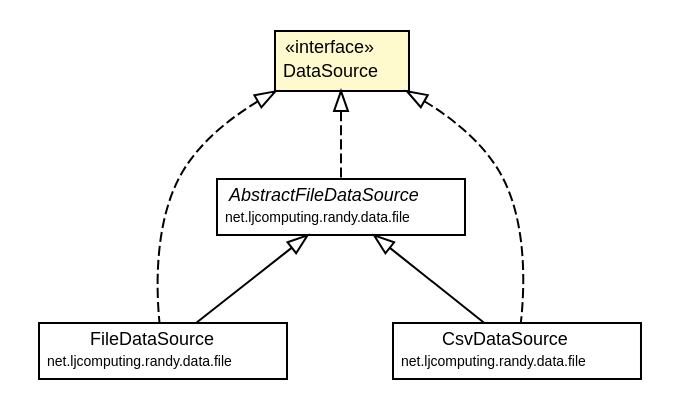
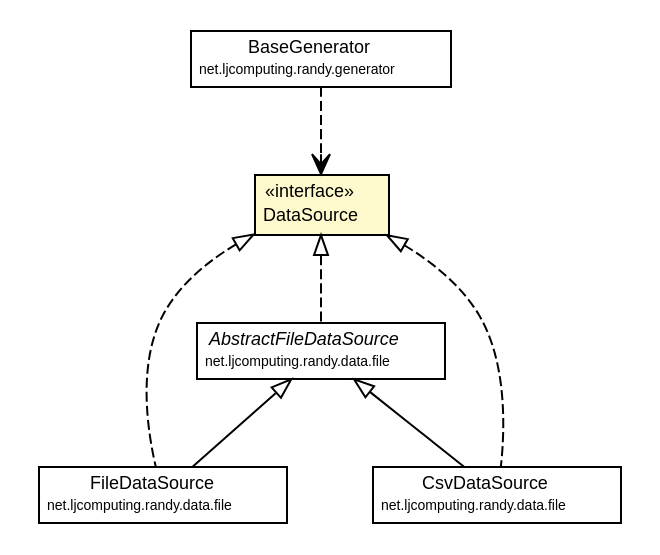
The diagram in docs/javadoc/apidocs/net/ljcomputing/randy/data/DataSource.dot (willmorejg/net.ljcomputing.randy), drawn with Graphviz before and after one commit. The commit also changed 80 other files, not shown here.

```diff
--- a/docs/javadoc/apidocs/net/ljcomputing/randy/data/DataSource.dot
+++ b/docs/javadoc/apidocs/net/ljcomputing/randy/data/DataSource.dot
@@ -1,50 +1,59 @@
 #!/usr/local/bin/dot
 #
 # Class diagram 
 # Generated by UMLGraph version R5_6 (http://www.umlgraph.org/)
 #
 
 digraph G {
 	edge [fontname="Helvetica",fontsize=10,labelfontname="Helvetica",labelfontsize=10];
 	node [fontname="Helvetica",fontsize=10,shape=plaintext];
 	nodesep=0.25;
 	ranksep=0.5;
 	// net.ljcomputing.randy.data.DataSource
 	c151 [label=<<table title="net.ljcomputing.randy.data.DataSource" border="0" cellborder="1" cellspacing="0" cellpadding="2" port="p" bgcolor="lemonChiffon" href="./DataSource.html">
 		<tr><td><table border="0" cellspacing="0" cellpadding="1">
 <tr><td align="center" balign="center"> &#171;interface&#187; </td></tr>
 <tr><td align="center" balign="center"> DataSource </td></tr>
 		</table></td></tr>
 		</table>>, URL="./DataSource.html", fontname="Helvetica", fontcolor="black", fontsize=9.0];
 	// net.ljcomputing.randy.data.file.FileDataSource
 	c152 [label=<<table title="net.ljcomputing.randy.data.file.FileDataSource" border="0" cellborder="1" cellspacing="0" cellpadding="2" port="p" href="./file/FileDataSource.html">
 		<tr><td><table border="0" cellspacing="0" cellpadding="1">
 <tr><td align="center" balign="center"> FileDataSource </td></tr>
 <tr><td align="center" balign="center"><font point-size="7.0"> net.ljcomputing.randy.data.file </font></td></tr>
 		</table></td></tr>
 		</table>>, URL="./file/FileDataSource.html", fontname="Helvetica", fontcolor="black", fontsize=9.0];
 	// net.ljcomputing.randy.data.file.AbstractFileDataSource
 	c154 [label=<<table title="net.ljcomputing.randy.data.file.AbstractFileDataSource" border="0" cellborder="1" cellspacing="0" cellpadding="2" port="p" href="./file/AbstractFileDataSource.html">
 		<tr><td><table border="0" cellspacing="0" cellpadding="1">
 <tr><td align="center" balign="center"><font face="Helvetica-Oblique"> AbstractFileDataSource </font></td></tr>
 <tr><td align="center" balign="center"><font point-size="7.0"> net.ljcomputing.randy.data.file </font></td></tr>
 		</table></td></tr>
 		</table>>, URL="./file/AbstractFileDataSource.html", fontname="Helvetica", fontcolor="black", fontsize=9.0];
 	// net.ljcomputing.randy.data.file.CsvDataSource
 	c155 [label=<<table title="net.ljcomputing.randy.data.file.CsvDataSource" border="0" cellborder="1" cellspacing="0" cellpadding="2" port="p" href="./file/CsvDataSource.html">
 		<tr><td><table border="0" cellspacing="0" cellpadding="1">
 <tr><td align="center" balign="center"> CsvDataSource </td></tr>
 <tr><td align="center" balign="center"><font point-size="7.0"> net.ljcomputing.randy.data.file </font></td></tr>
 		</table></td></tr>
 		</table>>, URL="./file/CsvDataSource.html", fontname="Helvetica", fontcolor="black", fontsize=9.0];
+	// net.ljcomputing.randy.generator.BaseGenerator
+	c162 [label=<<table title="net.ljcomputing.randy.generator.BaseGenerator" border="0" cellborder="1" cellspacing="0" cellpadding="2" port="p" href="../generator/BaseGenerator.html">
+		<tr><td><table border="0" cellspacing="0" cellpadding="1">
+<tr><td align="center" balign="center"> BaseGenerator </td></tr>
+<tr><td align="center" balign="center"><font point-size="7.0"> net.ljcomputing.randy.generator </font></td></tr>
+		</table></td></tr>
+		</table>>, URL="../generator/BaseGenerator.html", fontname="Helvetica", fontcolor="black", fontsize=9.0];
 	//net.ljcomputing.randy.data.file.FileDataSource extends net.ljcomputing.randy.data.file.AbstractFileDataSource
 	c154:p -> c152:p [dir=back,arrowtail=empty];
 	//net.ljcomputing.randy.data.file.FileDataSource implements net.ljcomputing.randy.data.DataSource
 	c151:p -> c152:p [dir=back,arrowtail=empty,style=dashed];
 	//net.ljcomputing.randy.data.file.AbstractFileDataSource implements net.ljcomputing.randy.data.DataSource
 	c151:p -> c154:p [dir=back,arrowtail=empty,style=dashed];
 	//net.ljcomputing.randy.data.file.CsvDataSource extends net.ljcomputing.randy.data.file.AbstractFileDataSource
 	c154:p -> c155:p [dir=back,arrowtail=empty];
 	//net.ljcomputing.randy.data.file.CsvDataSource implements net.ljcomputing.randy.data.DataSource
 	c151:p -> c155:p [dir=back,arrowtail=empty,style=dashed];
+	// net.ljcomputing.randy.generator.BaseGenerator DEPEND net.ljcomputing.randy.data.DataSource
+	c162:p -> c151:p [taillabel="", label="", headlabel="", fontname="Helvetica", fontcolor="black", fontsize=10.0, color="black", arrowhead=open, style=dashed];
 }
```
